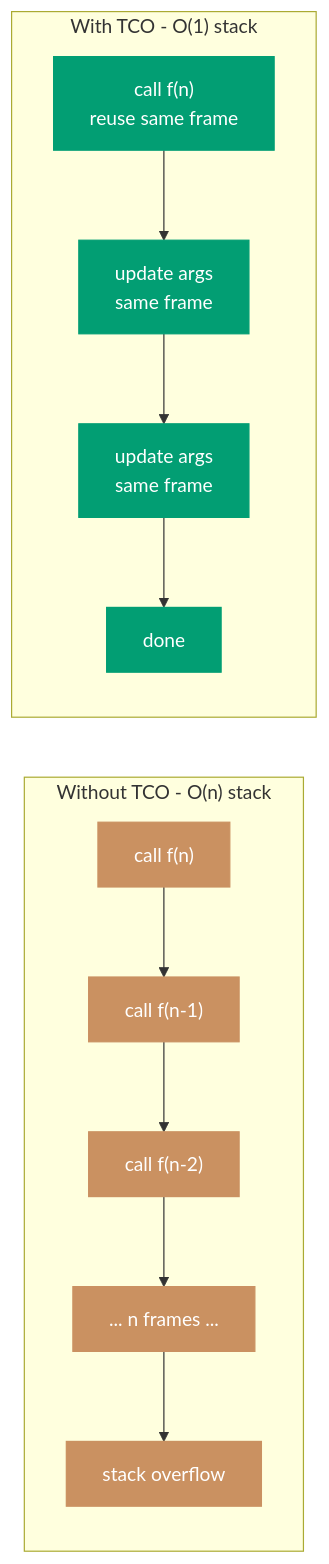
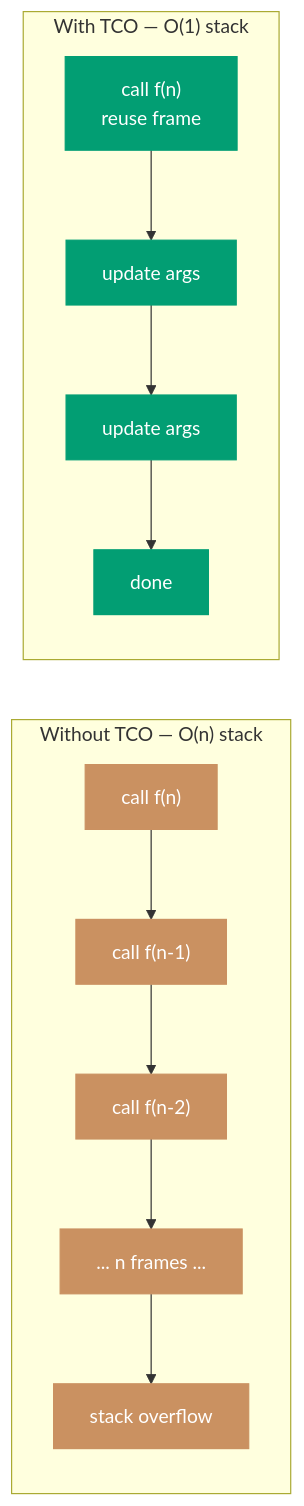
The tenth of 10 diagrams in apps/ayokoding-web/content/en/learn/software-engineering/compilers-and-interpreters/terminology.md (wahidyankf/open-sharia-enterprise), drawn with Mermaid before and after one commit. The commit also changed other lines of this file and 2 other files, not shown here.

First line of the commit message:
fix(ayokoding-web): fix mermaid diagram issues in compilers-and-interpreters

````diff
--- a/apps/ayokoding-web/content/en/learn/software-engineering/compilers-and-interpreters/terminology.md
+++ b/apps/ayokoding-web/content/en/learn/software-engineering/compilers-and-interpreters/terminology.md
@@ -466,17 +465,28 @@
 ```mermaid
 %% Color palette: Blue #0173B2, Orange #DE8F05, Teal #029E73, Purple #CC78BC, Brown #CA9161, Gray #808080
 flowchart LR
-    subgraph Without["Without TCO - O(n) stack"]
-        W1["call f(n)"] --> W2["call f(n-1)"] --> W3["call f(n-2)"] --> Wd["... n frames ..."] --> We["stack overflow"]
+    subgraph Without["Without TCO — O(n) stack"]
+        direction TB
+        W1["call f(n)"]
+        W2["call f(n-1)"]
+        W3["call f(n-2)"]
+        Wd["... n frames ..."]
+        We["stack overflow"]
+        W1 --> W2 --> W3 --> Wd --> We
     end
 
-    subgraph With["With TCO - O(1) stack"]
-        T1["call f(n)\nreuse same frame"] --> T2["update args\nsame frame"] --> T3["update args\nsame frame"] --> T4["done"]
+    subgraph With["With TCO — O(1) stack"]
+        direction TB
+        T1["call f(n)\nreuse frame"]
+        T2["update args"]
+        T3["update args"]
+        T4["done"]
+        T1 --> T2 --> T3 --> T4
     end
 
     classDef brown fill:#CA9161,color:#fff,stroke:#CA9161
     classDef teal fill:#029E73,color:#fff,stroke:#029E73
 
     class W1,W2,W3,Wd,We brown
     class T1,T2,T3,T4 teal
 ```
````
